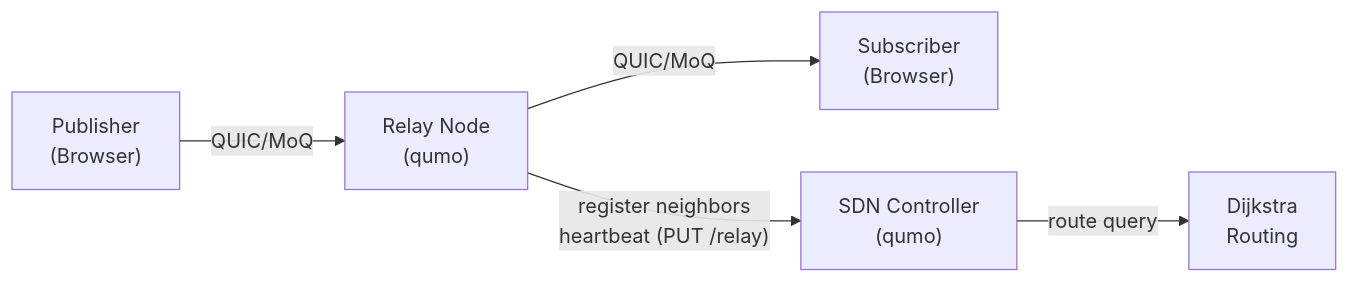
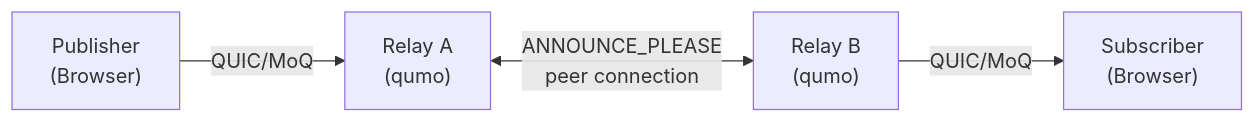
The first of 2 diagrams in README.md (okdaichi/qumo), drawn with Mermaid before and after one commit. The commit also changed other lines of this file and 8 other files, not shown here.

Commit message:
feat: update CI workflows and documentation for peer-based relay support

````diff
--- a/README.md
+++ b/README.md
@@ -157,13 +125,11 @@
 ```mermaid
 graph LR
     Publisher["Publisher<br/>(Browser)"]
-    Relay["Relay Node<br/>(qumo)"]
+    RelayA["Relay A<br/>(qumo)"]
+    RelayB["Relay B<br/>(qumo)"]
     Subscriber["Subscriber<br/>(Browser)"]
-    SDN["SDN Controller<br/>(qumo)"]
-    Routing["Dijkstra<br/>Routing"]
 
-    Publisher -->|QUIC/MoQ| Relay
-    Relay -->|QUIC/MoQ| Subscriber
-    Relay -->|"register neighbors<br/>heartbeat (PUT /relay)"| SDN
-    SDN -->|route query| Routing
+    Publisher -->|QUIC/MoQ| RelayA
+    RelayA <-->|"ANNOUNCE_PLEASE<br/>peer connection"| RelayB
+    RelayB -->|QUIC/MoQ| Subscriber
 ```
````
